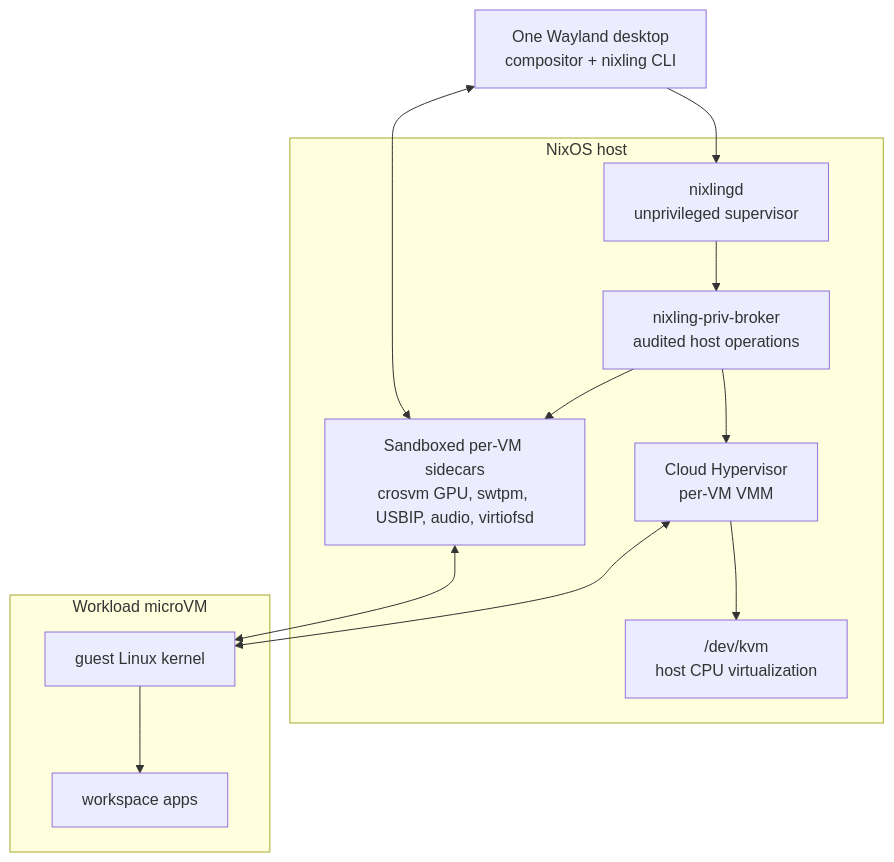
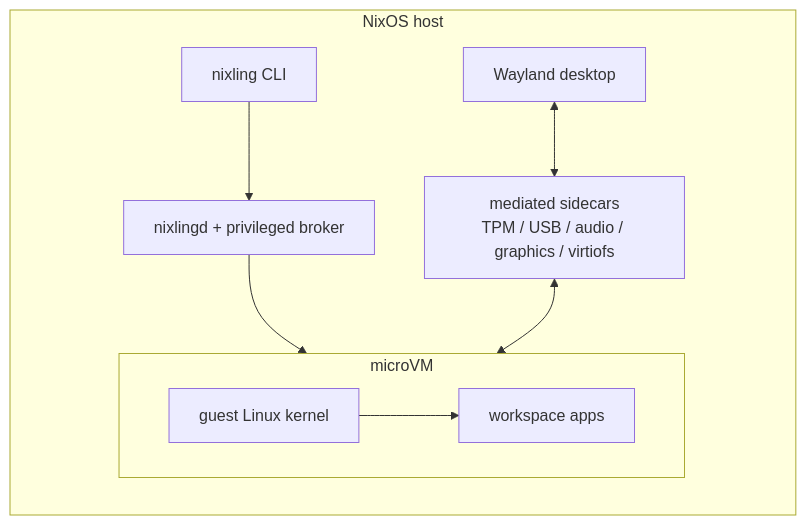
The diagram in README.md (vicondoa/d2b), drawn with Mermaid before and after one commit.

Commit message:
docs: simplify README architecture diagram
Replace the detailed host architecture diagram with a simpler NixOS-host view containing the Wayland desktop, nixling CLI, control plane, sidecars, and nested microVM kernel/apps box.

````diff
--- a/README.md
+++ b/README.md
@@ -37,25 +37,20 @@
 ```mermaid
-flowchart TB
-    human["One Wayland desktop<br/>compositor + nixling CLI"]
+flowchart LR
+    subgraph host["NixOS host"]
+        cli["nixling CLI"]
+        desktop["Wayland desktop"]
+        control["nixlingd + privileged broker"]
+        sidecars["mediated sidecars<br/>TPM / USB / audio / graphics / virtiofs"]
 
-    subgraph host["NixOS host"]
-        daemon["nixlingd<br/>unprivileged supervisor"]
-        broker["nixling-priv-broker<br/>audited host operations"]
-        kvm["/dev/kvm<br/>host CPU virtualization"]
-        vmm["Cloud Hypervisor<br/>per-VM VMM"]
-        sidecars["Sandboxed per-VM sidecars<br/>crosvm GPU, swtpm, USBIP, audio, virtiofsd"]
+        subgraph vm["microVM"]
+            kernel["guest Linux kernel"]
+            apps["workspace apps"]
+            kernel --> apps
+        end
     end
 
-    subgraph guest["Workload microVM"]
-        kernel["guest Linux kernel"]
-        apps["workspace apps"]
-    end
-
-    human --> daemon --> broker
-    broker --> vmm --> kvm
-    broker --> sidecars
-    vmm <--> kernel
-    kernel --> apps
-    sidecars <--> kernel
-    human <--> sidecars
+    cli --> control
+    control --> vm
+    desktop <--> sidecars
+    sidecars <--> vm
 ```
````
